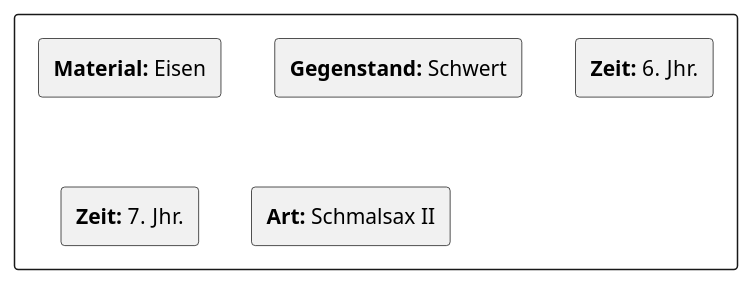
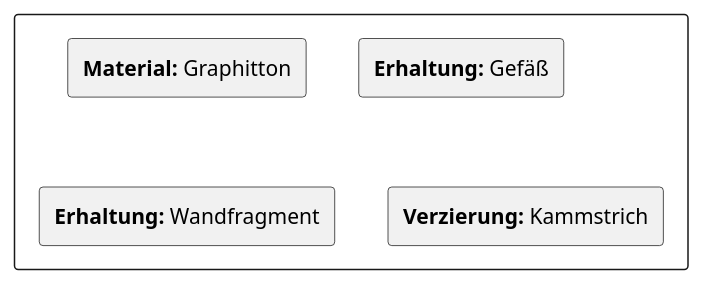
One commit to robertgruening/munins-archiv changed the first of 3 diagrams in doc/Benutzerhandbuch.md. Above: the diagram before and after it, drawn with PlantUML. The commit also changed other lines of this file and 5 other files, not shown here.

```diff
--- a/doc/Benutzerhandbuch.md
+++ b/doc/Benutzerhandbuch.md
@@ -115,9 +118,8 @@
 @startuml
 rectangle {
-rectangle "**Material:** Eisen"
-rectangle "**Gegenstand:** Schwert"
-rectangle "**Zeit:** 6. Jhr."
-rectangle "**Zeit:** 7. Jhr."
-rectangle "**Art:** Schmalsax II"
+rectangle "**Material:** Graphitton"
+rectangle "**Erhaltung:** Gefäß"
+rectangle "**Erhaltung:** Wandfragment"
+rectangle "**Verzierung:** Kammstrich"
 }
 @enduml
```
